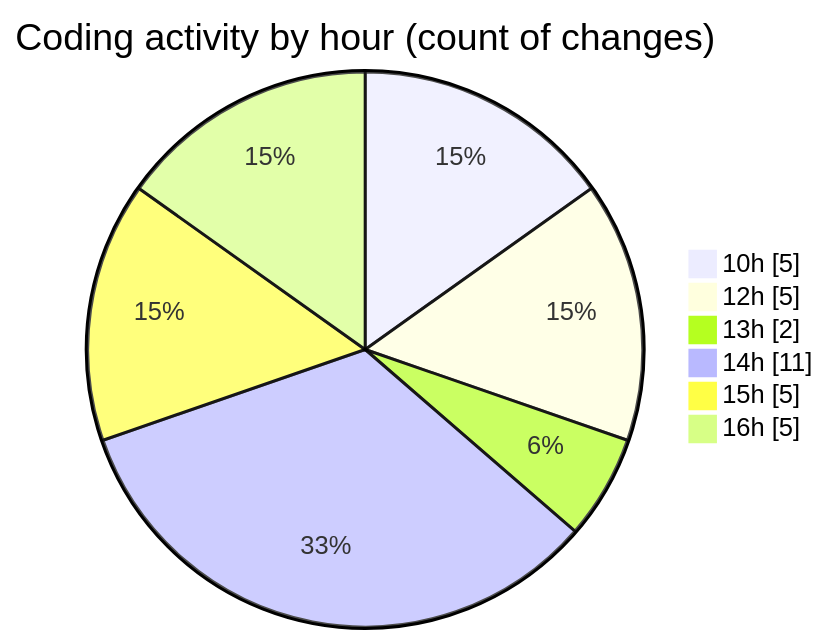
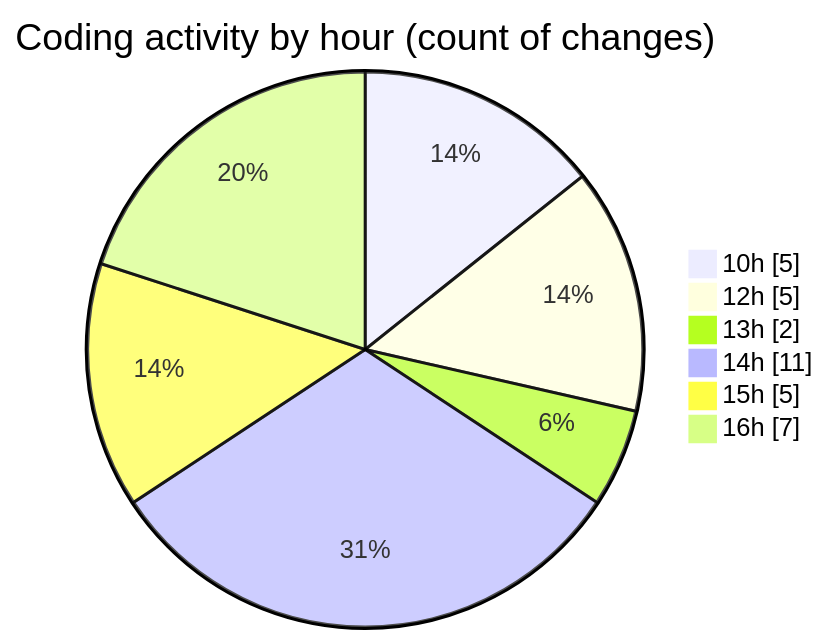
The second of 2 diagrams in 2025-07-07/urlwebwala_intership_work/README.md (Ritupan-Deka/code-tracking), drawn with Mermaid before and after one commit. The commit also changed other lines of this file and 1 other file, not shown here.

````diff
--- a/2025-07-07/urlwebwala_intership_work/README.md
+++ b/2025-07-07/urlwebwala_intership_work/README.md
@@ -30,10 +30,10 @@
 ```mermaid
 pie showData
 title Coding activity by hour (count of changes)
 "10h" : 5
 "12h" : 5
 "13h" : 2
 "14h" : 11
 "15h" : 5
-"16h" : 5
+"16h" : 7
 ```
````
